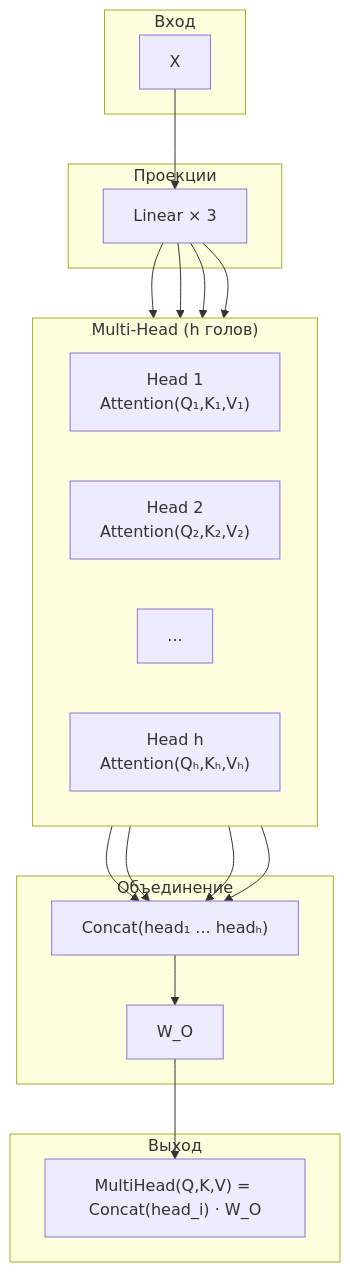
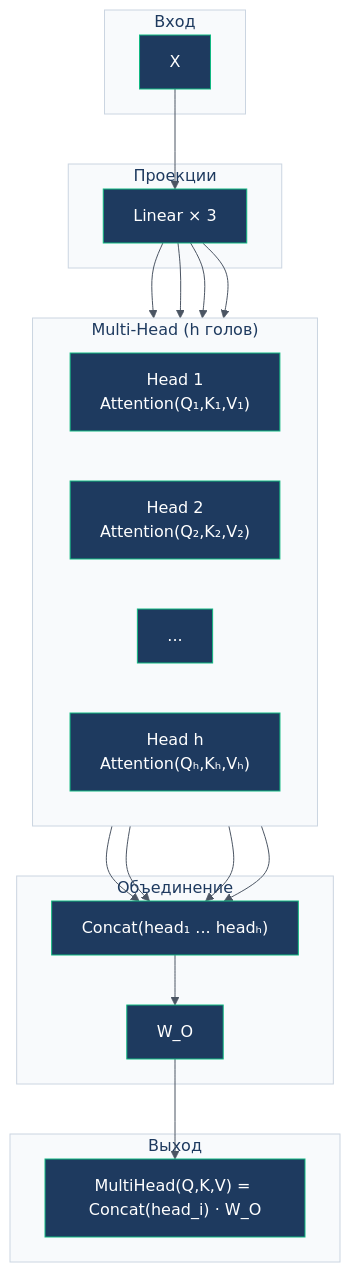
One commit to Kiraprint/DOOM changed the diagram in docs/multihead_attention.mmd. Above: the diagram before and after it, drawn with Mermaid. The commit also changed 9 other files, not shown here.

Commit message:
style: add Mermaid diagram theming and larger font sizes

```diff
--- a/docs/multihead_attention.mmd
+++ b/docs/multihead_attention.mmd
@@ -1,37 +1,37 @@
-flowchart TD
+%%{init: {'theme': 'base', 'themeVariables': {'primaryColor': '#1e3a5f', 'primaryTextColor': '#fff', 'primaryBorderColor': '#1e3a5f', 'lineColor': '#4B5563', 'secondaryColor': '#f0fdf4', 'tertiaryColor': '#fce7f3', 'clusterBkg': '#f8fafc', 'fontSize': 15, 'clusterBorder': '#cbd5e1', 'nodeBorder': '#10b981', 'nodeTextColor': '#047857', 'titleColor': '#1e3a5f'}}}%% flowchart TD
   subgraph Input["Вход"]
     X["X"]
   end
 
   subgraph Heads["Multi-Head (h голов)"]
     direction LR
     H1["Head 1<br/>Attention(Q₁,K₁,V₁)"]
     H2["Head 2<br/>Attention(Q₂,K₂,V₂)"]
     HD["..."]
     HH["Head h<br/>Attention(Qₕ,Kₕ,Vₕ)"]
   end
 
   subgraph Proj["Проекции"]
     LQ["Linear × 3"]
   end
 
   subgraph Concat["Объединение"]
     C["Concat(head₁ ... headₕ)"]
     WO["W_O"]
   end
 
   subgraph Output["Выход"]
     OUT["MultiHead(Q,K,V) = Concat(head_i) · W_O"]
   end
 
   X --> LQ
   LQ --> H1
   LQ --> H2
   LQ --> HD
   LQ --> HH
   H1 --> C
   H2 --> C
   HD --> C
   HH --> C
   C --> WO
   WO --> OUT
```
